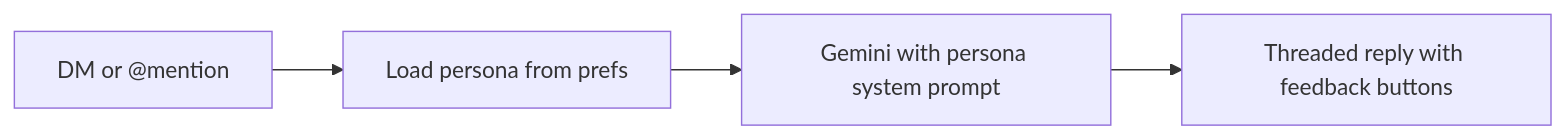
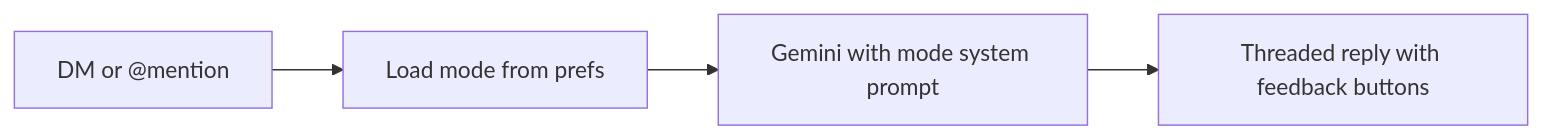
One commit to faketut/AccessibilityAlly changed the fourth of 5 diagrams in README.md. Above: the diagram before and after it, drawn with Mermaid. The commit also changed other lines of this file and 20 other files, not shown here.

First line of the commit message:
refactor: rename persona -> mode across the codebase

````diff
--- a/README.md
+++ b/README.md
@@ -110,6 +110,6 @@
 ```mermaid
 flowchart LR
-  M[DM or @mention] --> L[Load persona from prefs]
-  L --> G[Gemini with persona system prompt]
+  M[DM or @mention] --> L[Load mode from prefs]
+  L --> G[Gemini with mode system prompt]
   G --> R[Threaded reply with feedback buttons]
 ```
````
